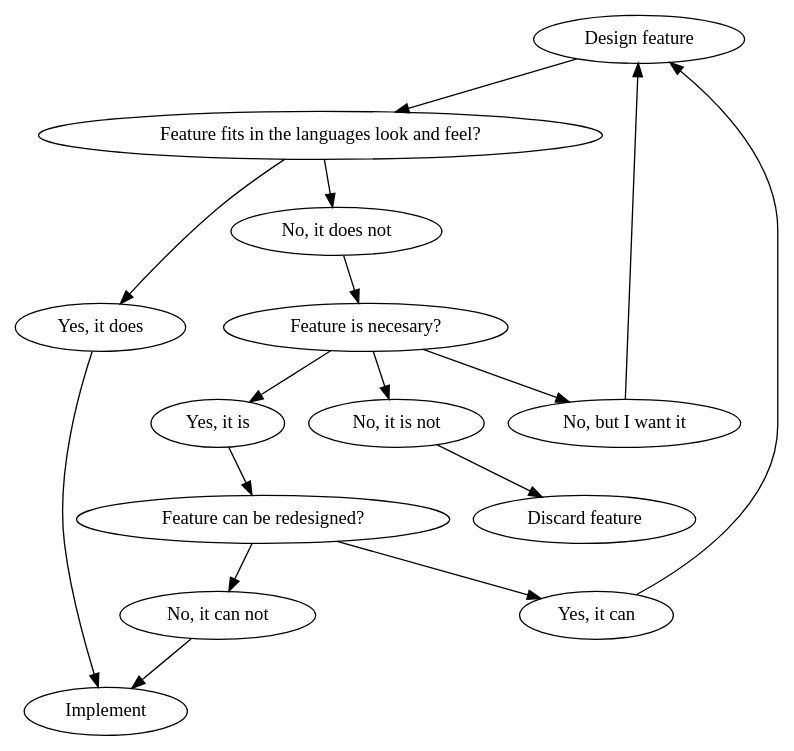
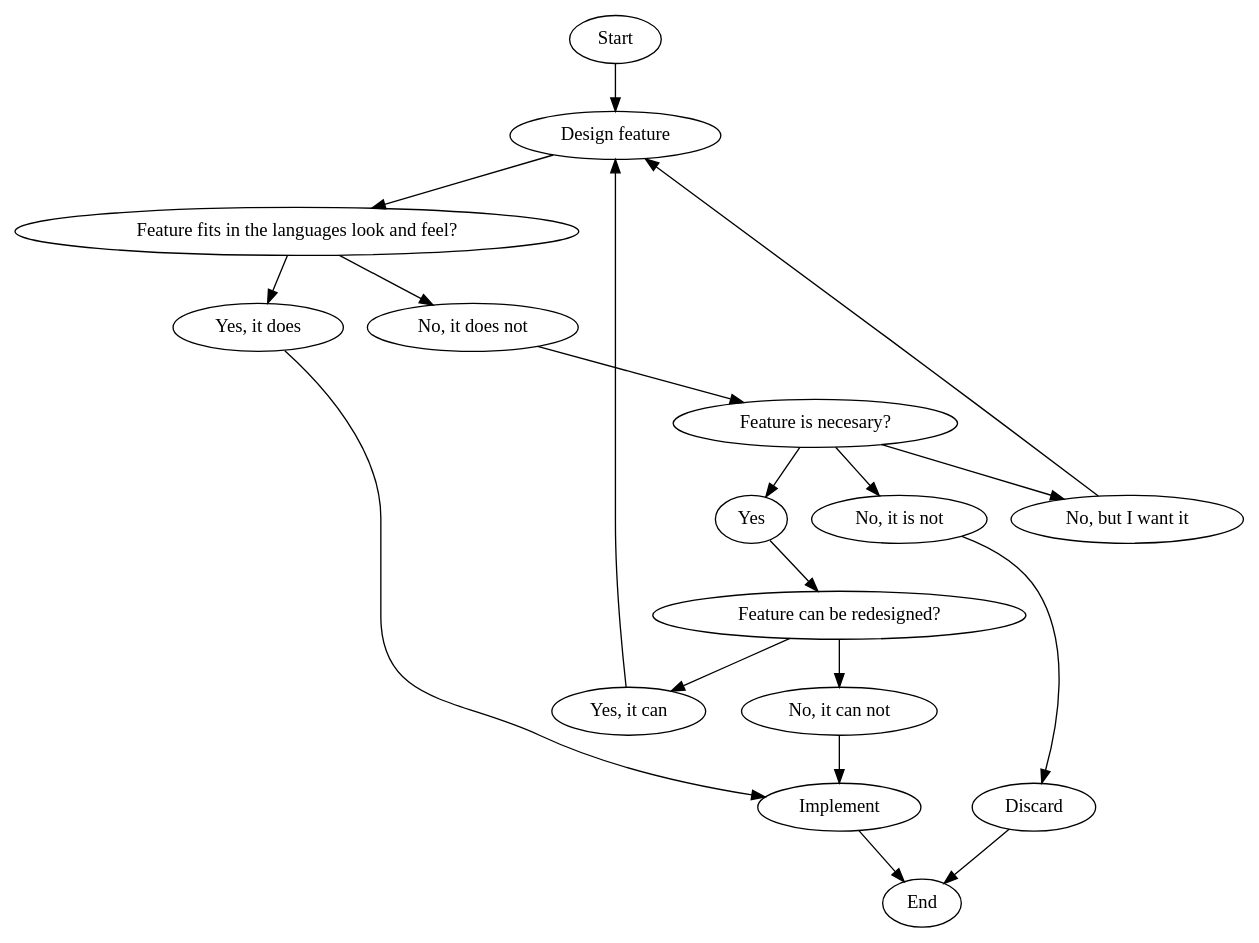
The second of 2 diagrams in src/main/asciidoc/ausarbeitung.adoc (Azer0s/languagedesign-paper), drawn with Graphviz before and after one commit. The commit also changed other lines of this file, not shown here.

Commit message:
Added more chapters

```diff
--- a/src/main/asciidoc/ausarbeitung.adoc
+++ b/src/main/asciidoc/ausarbeitung.adoc
@@ -305,18 +331,49 @@
 [graphviz,Design-feature-graph, svg]
 ----
 digraph g {
-    "Design feature" ->
 
-    "Feature fits in the languages look and feel?"
+    start[label="Start"];
 
-    "Feature fits in the languages look and feel?" -> "Yes, it does" -> Implement
-    "Feature fits in the languages look and feel?" -> "No, it does not" -> "Feature is necesary?"
+    design_feature[label="Design feature"];
 
-    "Feature is necesary?" -> "Yes, it is" -> "Feature can be redesigned?"
-    "Feature is necesary?" -> "No, but I want it" -> "Design feature"
-    "Feature is necesary?" -> "No, it is not" -> "Discard feature"
+    if_look_and_feel[label="Feature fits in the languages look and feel?"];
+    if_look_and_feel_yes[label="Yes, it does"];
+    if_look_and_feel_no[label="No, it does not"];
 
-    "Feature can be redesigned?" -> "Yes, it can" -> "Design feature"
-    "Feature can be redesigned?" -> "No, it can not" -> "Implement"
+    if_necessary[label="Feature is necesary?"];
+    if_necessary_yes[label="Yes"];
+    if_necessary_no[label="No, it is not"];
+    if_necessary_no_but[label="No, but I want it"];
+
+    if_redesigned[label="Feature can be redesigned?"];
+    if_redesigned_yes[label="Yes, it can"];
+    if_redesigned_no[label="No, it can not"];
+
+    implement[label="Implement"];
+    discard[label="Discard"];
+
+    end[label="End"];
+
+    start ->
+    design_feature ->
+    if_look_and_feel;
+
+    if_look_and_feel -> if_look_and_feel_yes -> implement;
+    if_look_and_feel -> if_look_and_feel_no -> if_necessary;
+
+    if_necessary -> if_necessary_yes -> if_redesigned;
+    if_necessary -> if_necessary_no -> discard;
+    if_necessary -> if_necessary_no_but -> design_feature;
+
+    if_redesigned-> if_redesigned_yes -> design_feature;
+    if_redesigned -> if_redesigned_no -> implement;
+
+    implement -> end;
+    discard -> end;
+
+    {rank=same; if_look_and_feel_yes if_look_and_feel_no};
+    {rank=same; if_necessary_yes if_necessary_no if_necessary_no_but};
+    {ranke=same; if_redesigned_yes if_redesigned_no};
+    {rank=same; discard implement};
 }
 ----
```
